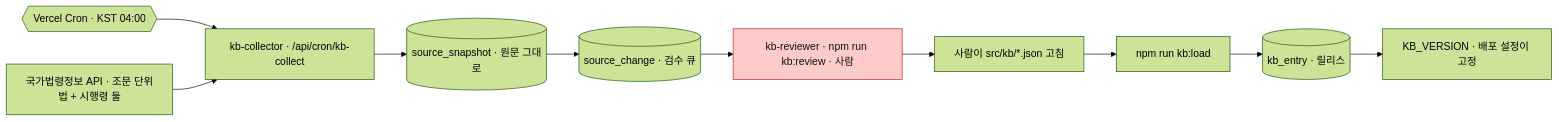
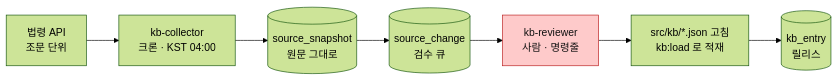
The sixth of 10 diagrams in ARCHITECTURE.md (Dojaegyum/fsec-ai-challenge), drawn with Mermaid (forest theme) before and after one commit. The commit also changed other lines of this file and 4 other files, not shown here.

First line of the commit message:
ARCHITECTURE.md 그림을 뷰어에서 안 잘리게 다시 그리고, ADR 번호를 그림·본문에서 걷어 절 끝 「근거」로 모으고, 환경·시크릿 절을 없앤다

````diff
--- a/ARCHITECTURE.md
+++ b/ARCHITECTURE.md
@@ -307,13 +262,11 @@
 ```mermaid
 flowchart LR
-    CRON1{{"Vercel Cron · KST 04:00"}} --> COL["kb-collector · /api/cron/kb-collect"]
-    LAW["국가법령정보 API · 조문 단위<br/>법 + 시행령 둘"] --> COL
-    COL --> SNAP[("source_snapshot · 원문 그대로")]
-    SNAP --> CHG[("source_change · 검수 큐")]
-    CHG --> REV["kb-reviewer · npm run kb:review · 사람"]
-    REV --> FILE["사람이 src/kb/*.json 고침"]
-    FILE --> LOAD["npm run kb:load"] --> KB[("kb_entry · 릴리스")]
-    KB --> PIN["KB_VERSION · 배포 설정이 고정"]
+    LAW["법령 API<br/>조문 단위"] --> COL["kb-collector<br/>크론 · KST 04:00"]
+    COL --> SNAP[("source_snapshot<br/>원문 그대로")]
+    SNAP --> CHG[("source_change<br/>검수 큐")]
+    CHG --> REV["kb-reviewer<br/>사람 · 명령줄"]
+    REV --> FILE["src/kb/*.json 고침<br/>kb:load 로 적재"]
+    FILE --> KB[("kb_entry<br/>릴리스")]
 
     style REV fill:#fecaca,stroke:#b91c1c,color:#111
 ```
````
